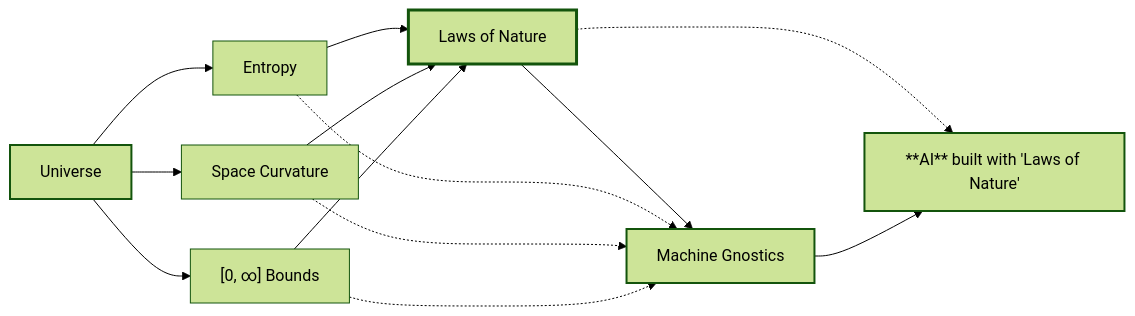
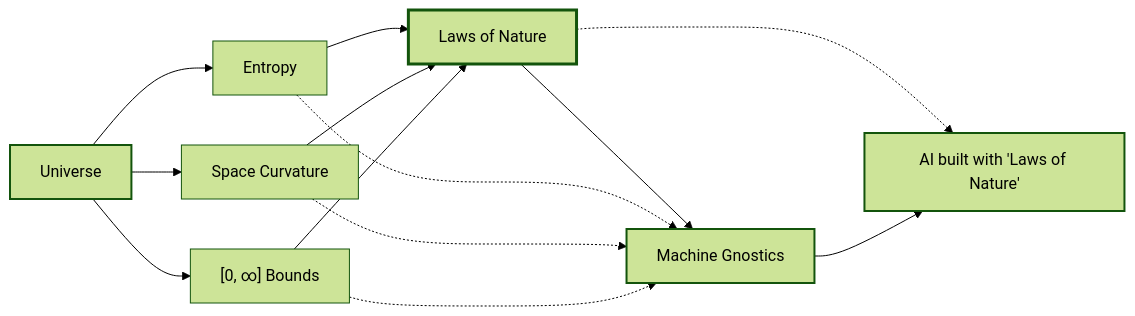
Before and after one commit to MachineGnostics/machinegnostics: the diagram in docs/index.md, drawn with Mermaid (forest theme). The commit also changed 2 other files, not shown here.

Commit message:
minor documentation fix

````diff
--- a/docs/index.md
+++ b/docs/index.md
@@ -16,32 +16,32 @@
 ```mermaid
 graph LR
     Entropy["Entropy"]
     Curvature["Space Curvature"]
     Bounds["[0, ∞] Bounds"]
     Laws["Laws of Nature"]
     MG["Machine Gnostics"]
-    AI["**AI** built with 'Laws of Nature'"]
+    AI["AI built with 'Laws of Nature'"]
     Universe["Universe"]
 
     Universe --> Entropy
     Universe --> Curvature
     Universe --> Bounds
 
     Entropy --> Laws
     Curvature --> Laws
     Bounds --> Laws
 
     Laws --> MG
     Laws -.-> AI
     MG --> AI
 
     %% Help center Laws visually
     Entropy -.-> MG
     Curvature -.-> MG
     Bounds -.-> MG
 
     style Universe stroke-width:2px
     style Laws stroke-width:3px
     style MG stroke-width:2px
     style AI stroke-width:2px
 ```
````
